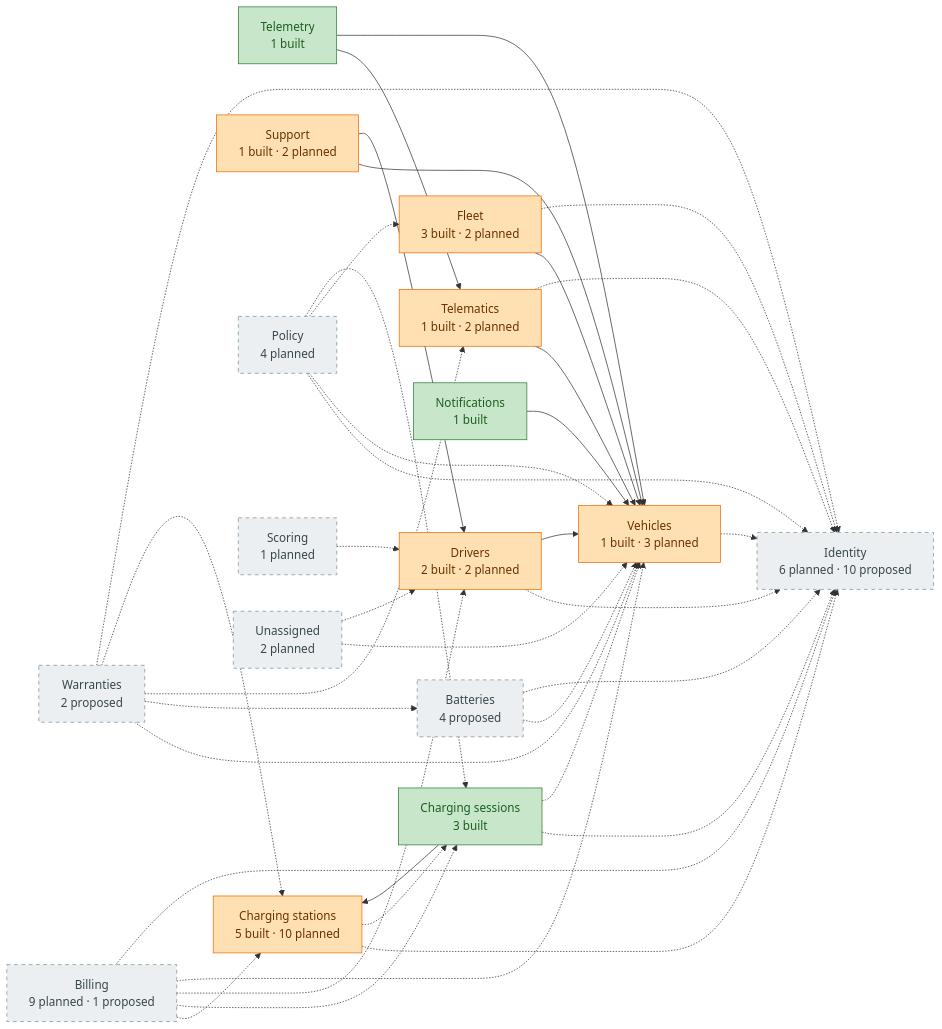
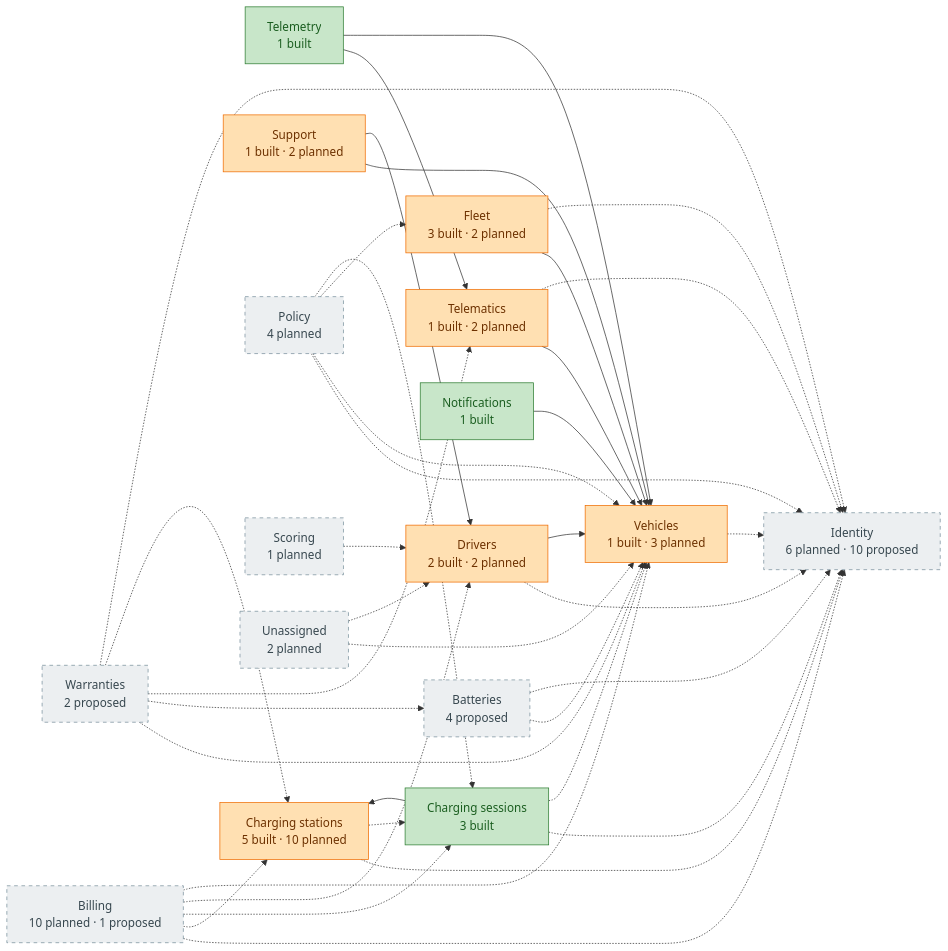
One commit to yolo-coccoc/G3Network-app changed the diagram in docs/design/domain-model/overview.md. Above: the diagram before and after it, drawn with Mermaid. The commit also changed other lines of this file and 7 other files, not shown here.

````diff
--- a/docs/design/domain-model/overview.md
+++ b/docs/design/domain-model/overview.md
@@ -28,58 +28,58 @@
 ```mermaid
 flowchart LR
   identity["Identity<br/>6 planned · 10 proposed"]:::planned
   vehicles["Vehicles<br/>1 built · 3 planned"]:::partial
   batteries["Batteries<br/>4 proposed"]:::planned
   warranties["Warranties<br/>2 proposed"]:::planned
   telematics["Telematics<br/>1 built · 2 planned"]:::partial
   telemetry["Telemetry<br/>1 built"]:::built
   drivers["Drivers<br/>2 built · 2 planned"]:::partial
   fleet["Fleet<br/>3 built · 2 planned"]:::partial
   charging_stations["Charging stations<br/>5 built · 10 planned"]:::partial
   charging_sessions["Charging sessions<br/>3 built"]:::built
   notifications["Notifications<br/>1 built"]:::built
   support["Support<br/>1 built · 2 planned"]:::partial
   policy["Policy<br/>4 planned"]:::planned
-  billing["Billing<br/>9 planned · 1 proposed"]:::planned
+  billing["Billing<br/>10 planned · 1 proposed"]:::planned
   scoring["Scoring<br/>1 planned"]:::planned
   unassigned["Unassigned<br/>2 planned"]:::planned
   batteries -.-> vehicles
   warranties -.-> vehicles
   warranties -.-> batteries
   warranties -.-> telematics
   warranties -.-> charging_stations
   telematics --> vehicles
   telemetry --> telematics
   telemetry --> vehicles
   drivers -.-> identity
   drivers --> vehicles
   fleet --> vehicles
   fleet -.-> identity
   charging_stations -.-> identity
   charging_stations -.-> charging_sessions
   charging_sessions --> charging_stations
   charging_sessions -.-> identity
   charging_sessions -.-> vehicles
   notifications --> vehicles
   support --> vehicles
   support --> drivers
   policy -.-> identity
   policy -.-> vehicles
   policy -.-> fleet
   policy -.-> charging_sessions
+  billing -.-> identity
   billing -.-> charging_stations
   billing -.-> charging_sessions
   billing -.-> drivers
   billing -.-> vehicles
   scoring -.-> drivers
   unassigned -.-> vehicles
   unassigned -.-> drivers
   vehicles -.-> identity
   batteries -.-> identity
   warranties -.-> identity
   telematics -.-> identity
-  billing -.-> identity
   classDef built fill:#C8E6C9,stroke:#2E7D32,color:#1B5E20
   classDef partial fill:#FFE0B2,stroke:#EF6C00,color:#6D3100
   classDef planned fill:#ECEFF1,stroke:#78909C,color:#37474F,stroke-dasharray:5 5
 ```
````
